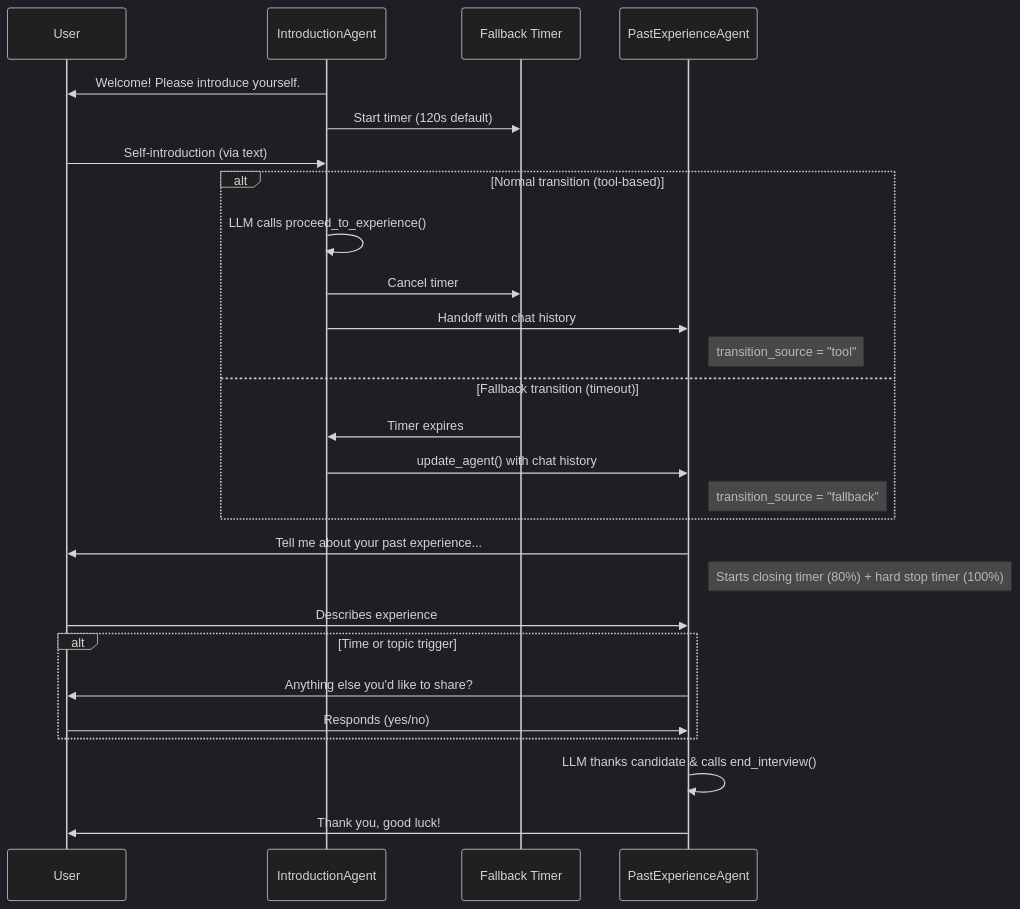
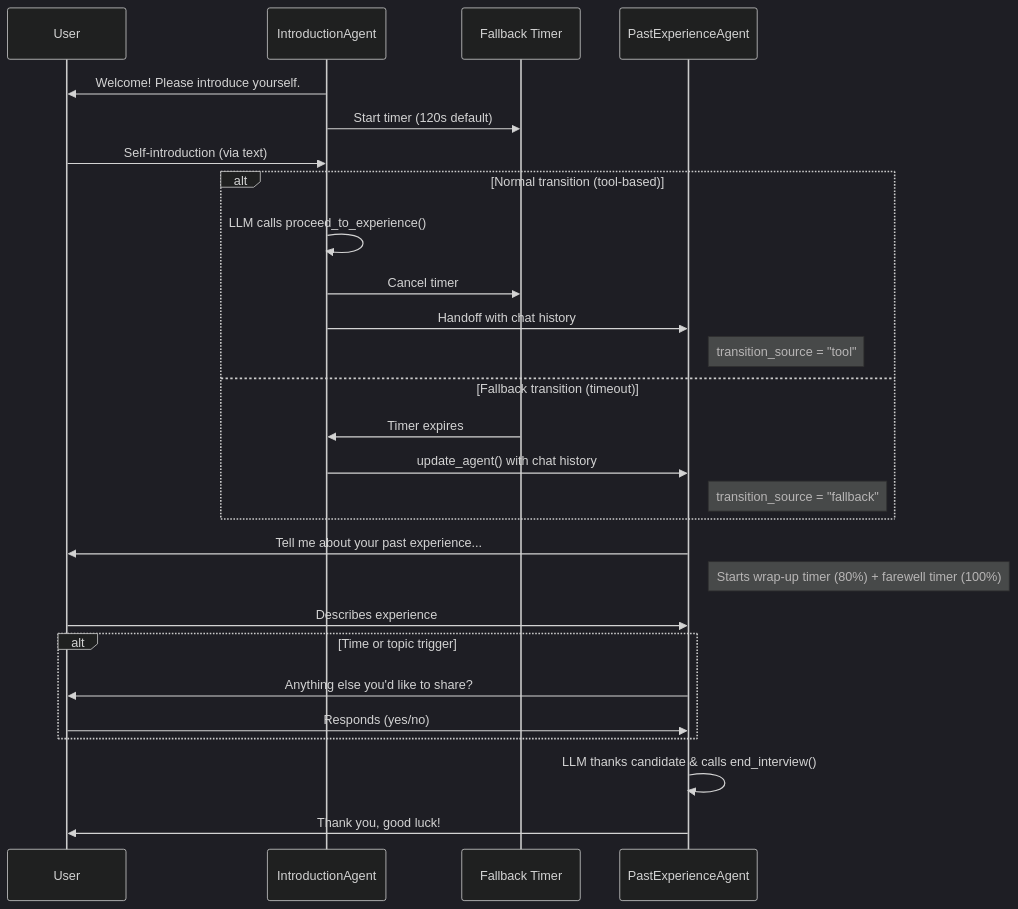
The third of 3 diagrams in README.md (anhtranst/moc_interview_demo), drawn with Mermaid (dark theme) before and after one commit. The commit also changed other lines of this file and 6 other files, not shown here.

First line of the commit message:
Simplify PastExperienceAgent: remove all overrides, let LLM drive the flow

````diff
--- a/README.md
+++ b/README.md
@@ -89,34 +88,34 @@
 ```mermaid
 sequenceDiagram
     participant U as User
     participant IA as IntroductionAgent
     participant FT as Fallback Timer
     participant PA as PastExperienceAgent
 
     IA->>U: Welcome! Please introduce yourself.
     IA->>FT: Start timer (120s default)
     U->>IA: Self-introduction (via text)
 
     alt Normal transition (tool-based)
         IA->>IA: LLM calls proceed_to_experience()
         IA->>FT: Cancel timer
         IA->>PA: Handoff with chat history
         Note right of PA: transition_source = "tool"
     else Fallback transition (timeout)
         FT->>IA: Timer expires
         IA->>PA: update_agent() with chat history
         Note right of PA: transition_source = "fallback"
     end
 
     PA->>U: Tell me about your past experience...
-    Note right of PA: Starts closing timer (80%) + hard stop timer (100%)
+    Note right of PA: Starts wrap-up timer (80%) + farewell timer (100%)
     U->>PA: Describes experience
 
     alt Time or topic trigger
         PA->>U: Anything else you'd like to share?
         U->>PA: Responds (yes/no)
     end
 
     PA->>PA: LLM thanks candidate & calls end_interview()
     PA->>U: Thank you, good luck!
 ```
````
